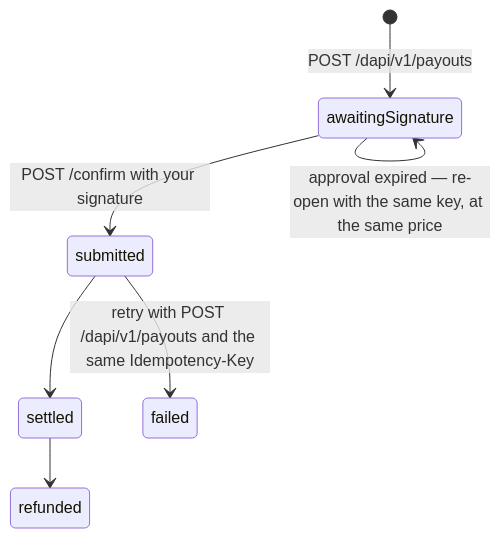
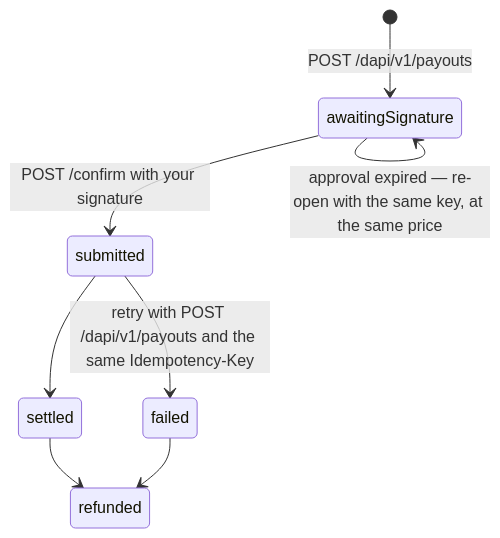
One commit to hevn-inc/docs changed the diagram in whitelabel/payouts.mdx. Above: the diagram before and after it, drawn with Mermaid. The commit also changed other lines of this file and 6 other files, not shown here.

````diff
--- a/whitelabel/payouts.mdx
+++ b/whitelabel/payouts.mdx
@@ -63,9 +63,10 @@
 ```mermaid
 stateDiagram-v2
     [*] --> awaitingSignature: POST /dapi/v1/payouts
     awaitingSignature --> awaitingSignature: approval expired — re-open with the same key, at the same price
     awaitingSignature --> submitted: POST /confirm with your signature
     submitted --> settled
     submitted --> failed: retry with POST /dapi/v1/payouts and the same Idempotency-Key
     settled --> refunded
+    failed --> refunded
 ```
````
